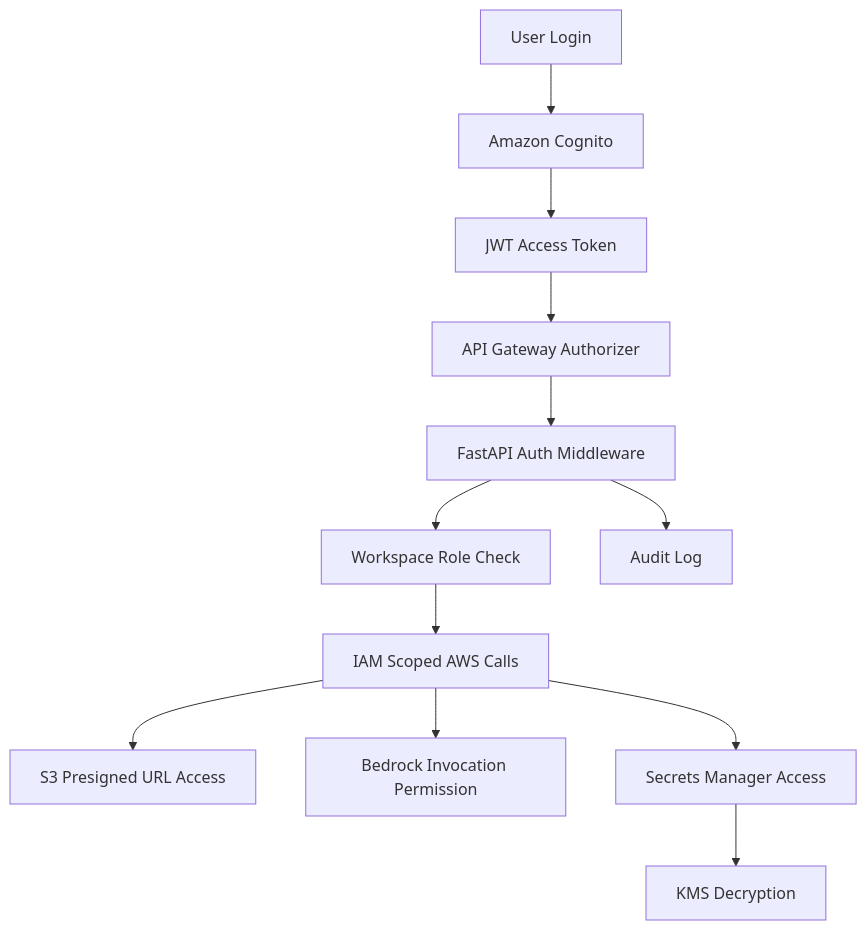
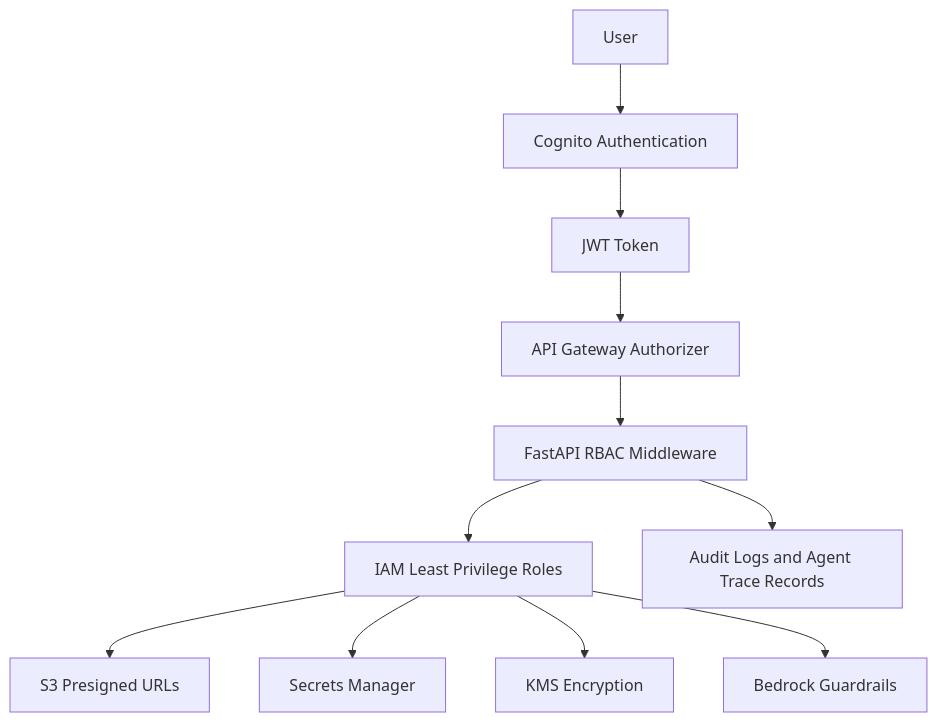
One commit to SwapnilMundhekar/WebCut.ai-CreativeOps-Agent-Platform changed the sixth of 8 diagrams in README.md. Above: the diagram before and after it, drawn with Mermaid. The commit also changed other lines of this file, not shown here.

````diff
--- a/README.md
+++ b/README.md
@@ -826,14 +410,13 @@
 ```mermaid
-flowchart TD
-    A[User Login] --> B[Amazon Cognito]
-    B --> C[JWT Access Token]
-    C --> D[API Gateway Authorizer]
-    D --> E[FastAPI Auth Middleware]
-    E --> F[Workspace Role Check]
-    F --> G[IAM Scoped AWS Calls]
-    G --> H[S3 Presigned URL Access]
-    G --> I[Bedrock Invocation Permission]
-    G --> J[Secrets Manager Access]
-    J --> K[KMS Decryption]
-    E --> L[Audit Log]
+flowchart TB
+    USER[User] --> COG[Cognito Authentication]
+    COG --> TOKEN[JWT Token]
+    TOKEN --> GATEWAY[API Gateway Authorizer]
+    GATEWAY --> RBAC[FastAPI RBAC Middleware]
+    RBAC --> IAM[IAM Least Privilege Roles]
+    IAM --> S3[S3 Presigned URLs]
+    IAM --> SECRETS[Secrets Manager]
+    IAM --> KMS[KMS Encryption]
+    IAM --> BEDROCK[Bedrock Guardrails]
+    RBAC --> AUDIT[Audit Logs and Agent Trace Records]
 ```
````
